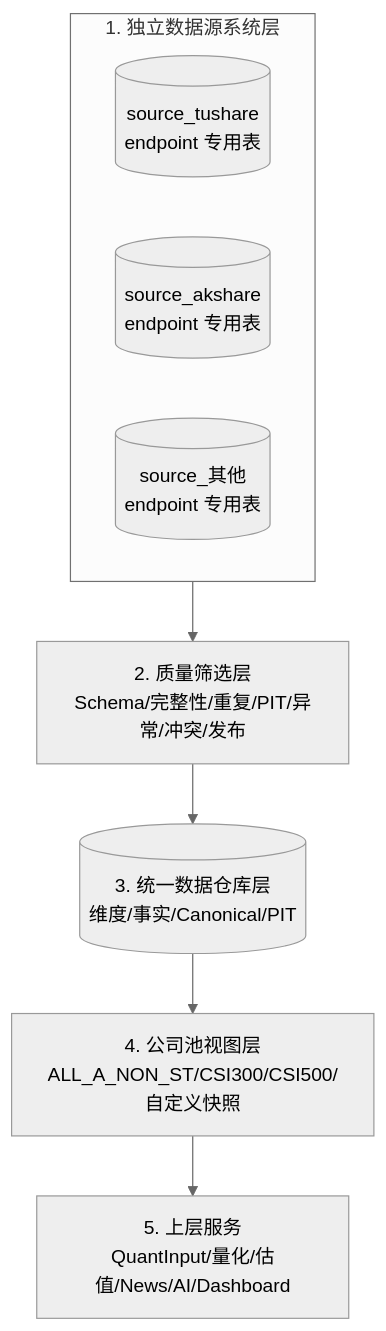
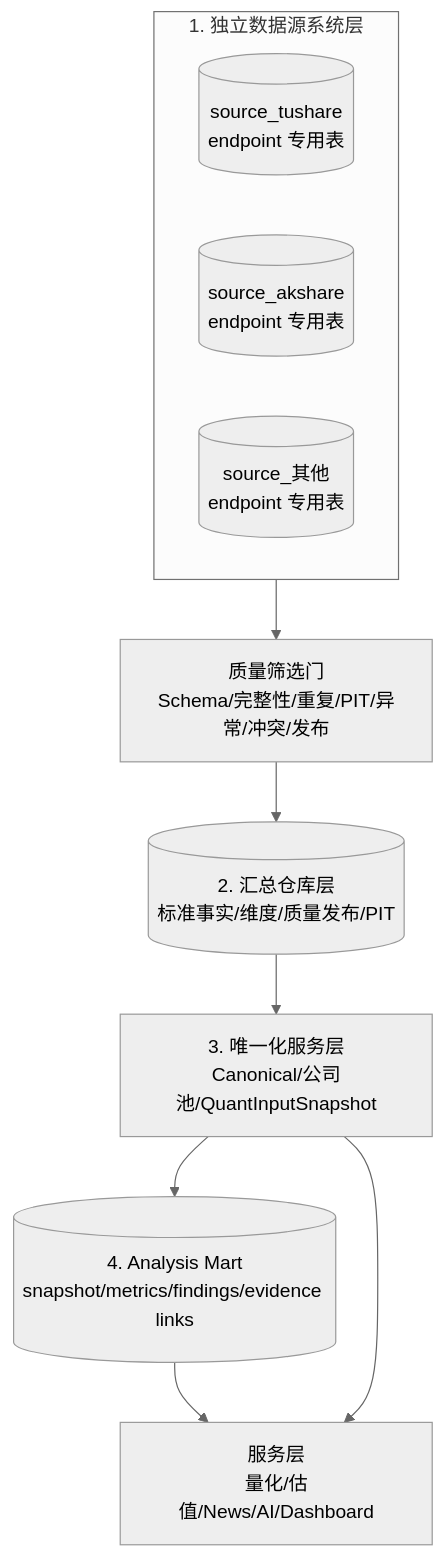
Before and after one commit to RickyW0529/Margin: the first of 17 diagrams in docs/design/v0.3/architecture/Margin_架构设计_v0.3_中文.md, drawn with Mermaid (neutral theme). The commit also changed other lines of this file and 28 other files, not shown here.

Commit message:
feat: add v0.3 analysis mart

````diff
--- a/docs/design/v0.3/architecture/Margin_架构设计_v0.3_中文.md
+++ b/docs/design/v0.3/architecture/Margin_架构设计_v0.3_中文.md
@@ -22,12 +22,14 @@
 ```mermaid
 flowchart TB
     subgraph S[1. 独立数据源系统层]
         TS[(source_tushare<br/>endpoint 专用表)]
         AK[(source_akshare<br/>endpoint 专用表)]
         O[(source_其他<br/>endpoint 专用表)]
     end
-    S --> Q[2. 质量筛选层<br/>Schema/完整性/重复/PIT/异常/冲突/发布]
-    Q --> W[(3. 统一数据仓库层<br/>维度/事实/Canonical/PIT)]
-    W --> U[4. 公司池视图层<br/>ALL_A_NON_ST/CSI300/CSI500/自定义快照]
-    U --> A[5. 上层服务<br/>QuantInput/量化/估值/News/AI/Dashboard]
+    S --> Q[质量筛选门<br/>Schema/完整性/重复/PIT/异常/冲突/发布]
+    Q --> W[(2. 汇总仓库层<br/>标准事实/维度/质量发布/PIT)]
+    W --> U[3. 唯一化服务层<br/>Canonical/公司池/QuantInputSnapshot]
+    U --> M[(4. Analysis Mart<br/>snapshot/metrics/findings/evidence links)]
+    M --> A[服务层<br/>量化/估值/News/AI/Dashboard]
+    U --> A
 ```
````
